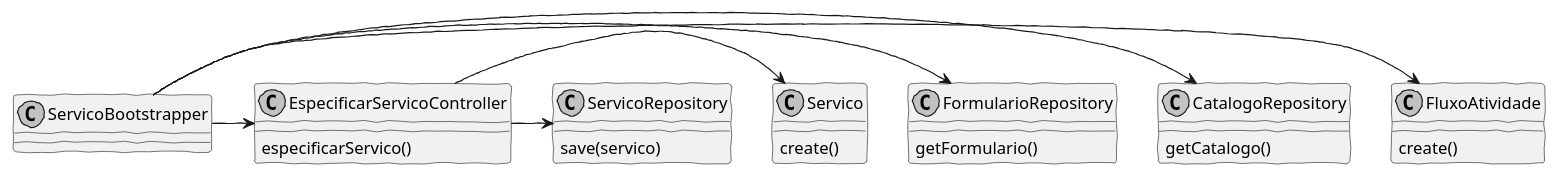
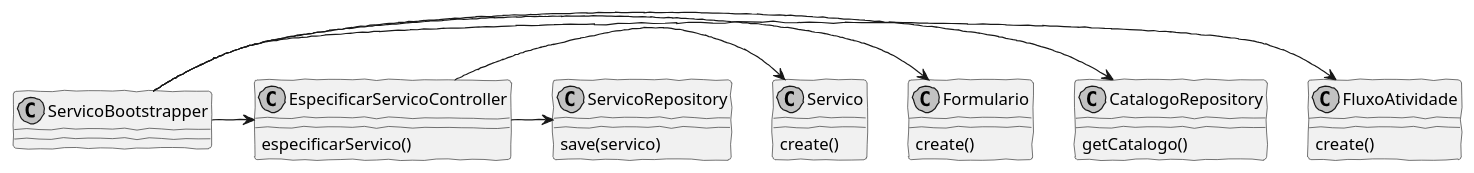
One commit to pedrolemos4/LAPR4 changed the diagram in docs/Sprint C/1190974/US2104/CD.puml. Above: the diagram before and after it, drawn with PlantUML. The commit also changed 3 other files, not shown here.

```diff
--- a/docs/Sprint C/1190974/US2104/CD.puml
+++ b/docs/Sprint C/1190974/US2104/CD.puml
@@ -1,33 +1,33 @@
 @startuml
 
 'http://plantuml.com/skinparam.html
 skinparam handwritten true
 skinparam monochrome true
 skinparam packageStyle rect
 skinparam defaultFontName FG Virgil
 skinparam shadowing false
 
 class FluxoAtividade
 class CatalogoRepository
-class FormularioRepository
+class Formulario
 class ServicoBootstrapper
 class EspecificarServicoController
 class ServicoRepository
 class Servico
 
 ServicoBootstrapper -> FluxoAtividade
 ServicoBootstrapper -> CatalogoRepository
-ServicoBootstrapper -> FormularioRepository
+ServicoBootstrapper -> Formulario
 ServicoBootstrapper -> EspecificarServicoController
 
 EspecificarServicoController -> Servico
 EspecificarServicoController -> ServicoRepository
 
 CatalogoRepository : getCatalogo()
-FormularioRepository : getFormulario()
+Formulario : create()
 FluxoAtividade : create()
 EspecificarServicoController : especificarServico()
 Servico : create()
 ServicoRepository : save(servico)
 
 @enduml
```
